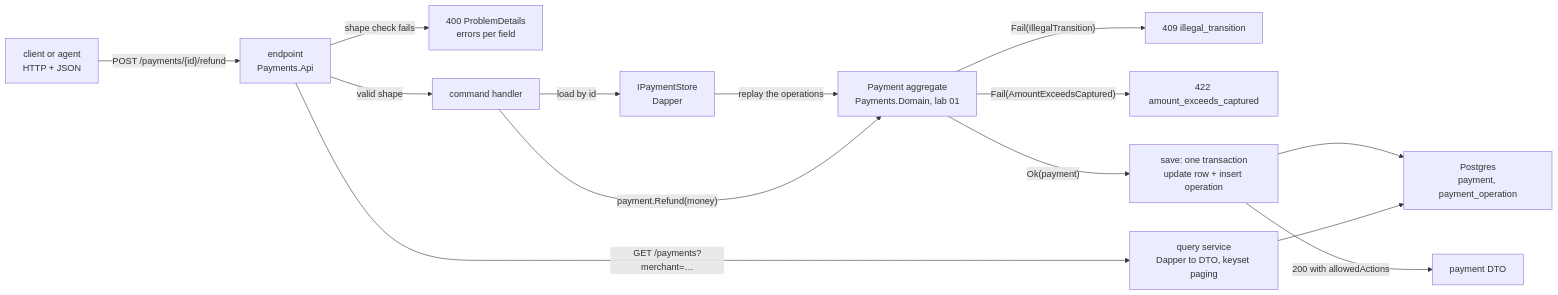
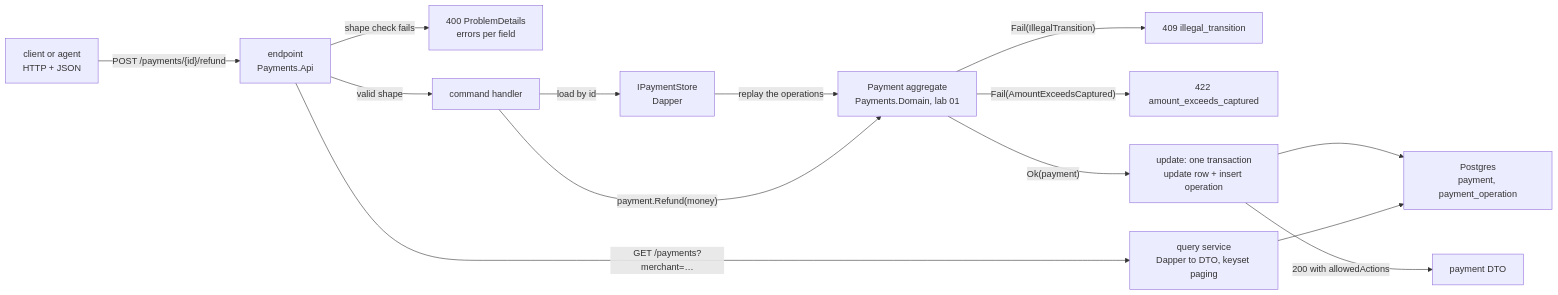
One commit to BaiGanio/agent-ready-payments changed the diagram in labs/02-minimal-api-dapper/README.md. Above: the diagram before and after it, drawn with Mermaid. The commit also changed other lines of this file and 4 other files, not shown here.

````diff
--- a/labs/02-minimal-api-dapper/README.md
+++ b/labs/02-minimal-api-dapper/README.md
@@ -17,16 +17,16 @@
 ```mermaid
 flowchart LR
     C["client or agent<br/>HTTP + JSON"] -->|"POST /payments/{id}/refund"| E["endpoint<br/>Payments.Api"]
     E -->|"shape check fails"| P400["400 ProblemDetails<br/>errors per field"]
     E -->|"valid shape"| H["command handler"]
     H -->|"load by id"| S["IPaymentStore<br/>Dapper"]
     S -->|"replay the operations"| A["Payment aggregate<br/>Payments.Domain, lab 01"]
     H -->|"payment.Refund(money)"| A
     A -->|"Fail(IllegalTransition)"| P409["409 illegal_transition"]
     A -->|"Fail(AmountExceedsCaptured)"| P422["422 amount_exceeds_captured"]
-    A -->|"Ok(payment)"| W["save: one transaction<br/>update row + insert operation"]
+    A -->|"Ok(payment)"| W["update: one transaction<br/>update row + insert operation"]
     W --> S2["Postgres<br/>payment, payment_operation"]
     W -->|"200 with allowedActions"| OK["payment DTO"]
     E -->|"GET /payments?merchant=…"| Q["query service<br/>Dapper to DTO, keyset paging"]
     Q --> S2
 ```
````
